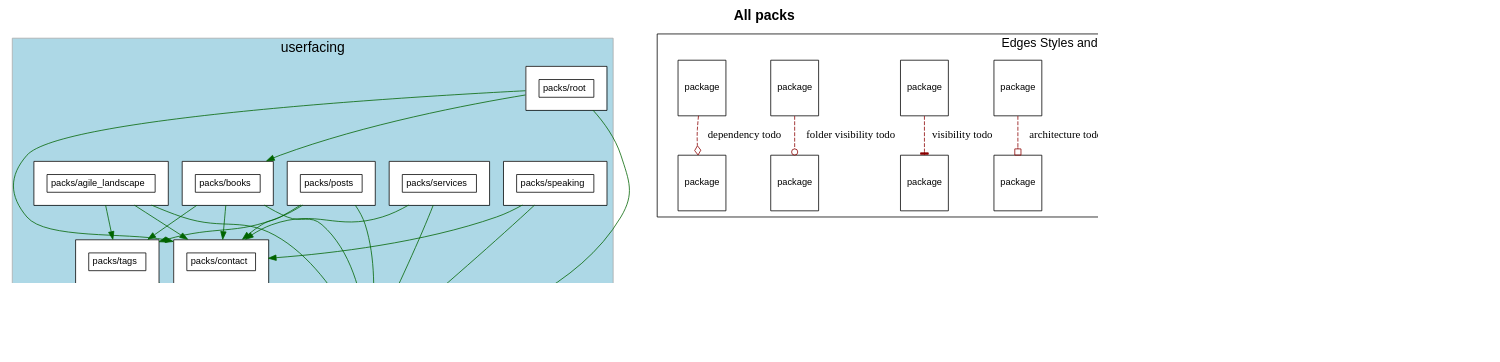
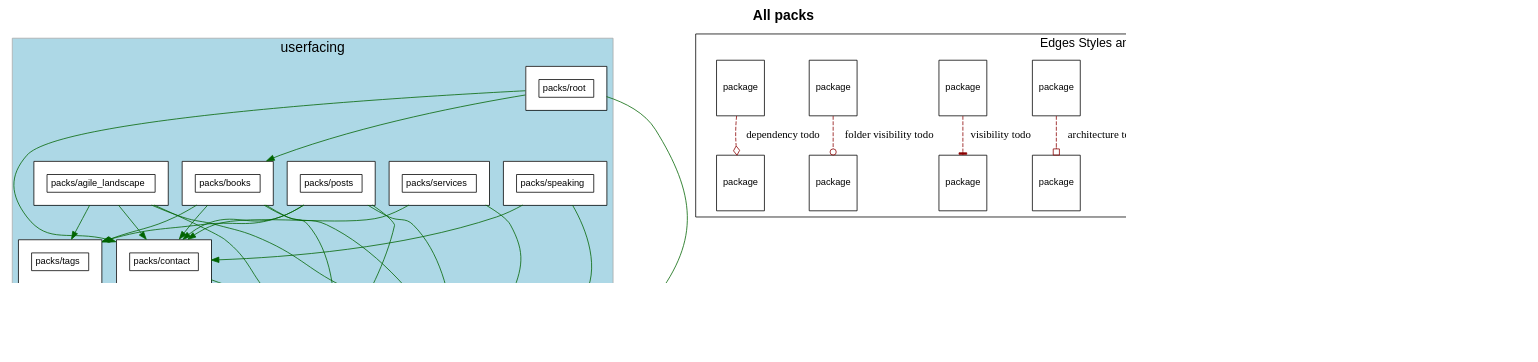
One commit to shageman/stephanhagemann.com changed the diagram in packs.dot. Above: the diagram before and after it, drawn with Graphviz. The commit also changed 13 other files, not shown here.

Commit message:
Backlinks: capability and activated for posts

```diff
--- a/packs.dot
+++ b/packs.dot
@@ -137,7 +137,19 @@
       style=filled
         label="utility"
         cluster=true
-        rank = 2        "packs/rails_shims" [
+        rank = 2        "packs/backlinks" [
+            fontsize=12.0
+            label= <
+                <table border='0' cellborder='1' cellspacing='0' cellpadding='16'><tr><td>
+                  <table border='0' cellborder='1' cellspacing='0' cellpadding='4'>
+                    <tr> <td port='private'> packs/backlinks </td> </tr>
+                  </table>
+                  </td></tr>
+                  </table>
+              >
+          ]
+        
+        "packs/rails_shims" [
             fontsize=12.0
             label= <
                 <table border='0' cellborder='1' cellspacing='0' cellpadding='16'><tr><td>
@@ -150,6 +162,14 @@
           ]
         
     }
+              "packs/agile_landscape" -> "packs/backlinks" [ style=invis ]
+              "packs/books" -> "packs/backlinks" [ style=invis ]
+              "packs/contact" -> "packs/backlinks" [ style=invis ]
+              "packs/posts" -> "packs/backlinks" [ style=invis ]
+              "packs/root" -> "packs/backlinks" [ style=invis ]
+              "packs/services" -> "packs/backlinks" [ style=invis ]
+              "packs/speaking" -> "packs/backlinks" [ style=invis ]
+              "packs/tags" -> "packs/backlinks" [ style=invis ]
               "packs/agile_landscape" -> "packs/rails_shims" [ style=invis ]
               "packs/books" -> "packs/rails_shims" [ style=invis ]
               "packs/contact" -> "packs/rails_shims" [ style=invis ]
@@ -165,13 +185,16 @@
       style=filled
         cluster=false
     }
+          "packs/agile_landscape" -> "packs/backlinks" [ color=darkgreen ]
           "packs/agile_landscape" -> "packs/contact" [ color=darkgreen ]
           "packs/agile_landscape" -> "packs/rails_shims" [ color=darkgreen ]
           "packs/agile_landscape" -> "packs/tags" [ color=darkgreen ]
+          "packs/books" -> "packs/backlinks" [ color=darkgreen ]
           "packs/books" -> "packs/contact" [ color=darkgreen ]
           "packs/books" -> "packs/rails_shims" [ color=darkgreen ]
           "packs/books" -> "packs/tags" [ color=darkgreen ]
           "packs/contact" -> "packs/rails_shims" [ color=darkgreen ]
+          "packs/posts" -> "packs/backlinks" [ color=darkgreen ]
           "packs/posts" -> "packs/contact" [ color=darkgreen ]
           "packs/posts" -> "packs/rails_shims" [ color=darkgreen ]
           "packs/posts" -> "packs/tags" [ color=darkgreen ]
@@ -182,6 +205,7 @@
           "packs/services" -> "packs/rails_shims" [ color=darkgreen ]
           "packs/speaking" -> "packs/contact" [ color=darkgreen ]
           "packs/speaking" -> "packs/rails_shims" [ color=darkgreen ]
+          "packs/tags" -> "packs/backlinks" [ color=darkgreen ]
           "packs/tags" -> "packs/rails_shims" [ color=darkgreen ]
     subgraph cluster_legend {
       fontsize=16
```
